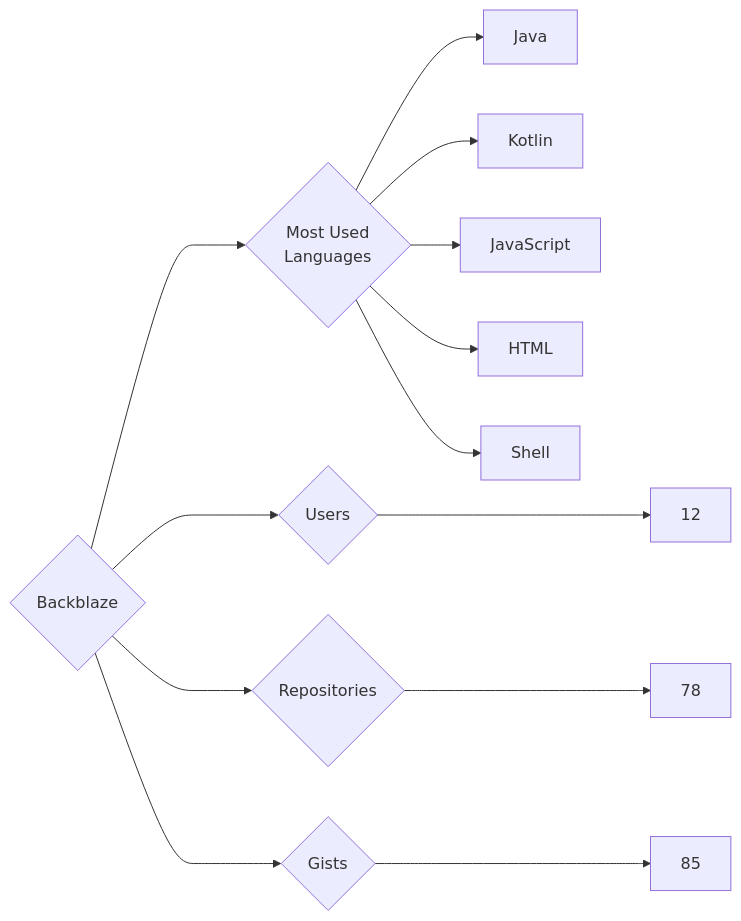
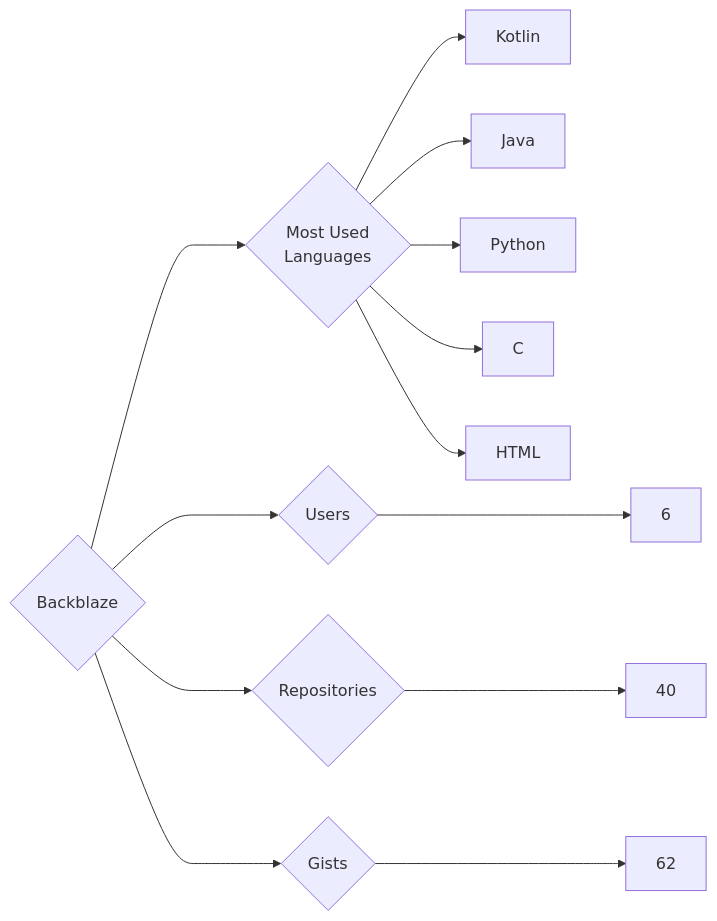
The diagram in targets/Backblaze/README.md (trickest/insiders), drawn with Mermaid before and after one commit. The commit also changed 914 other files, not shown here.

````diff
--- a/targets/Backblaze/README.md
+++ b/targets/Backblaze/README.md
@@ -3,13 +3,13 @@
 ```mermaid
 graph LR
 COMPANY_NAME{Backblaze}
-COMPANY_NAME ---> U{Users} ---> UN[12]
-COMPANY_NAME ---> R{Repositories} ---> RN[78]
-COMPANY_NAME ---> G{Gists} ---> GN[85]
+COMPANY_NAME ---> U{Users} ---> UN[6]
+COMPANY_NAME ---> R{Repositories} ---> RN[40]
+COMPANY_NAME ---> G{Gists} ---> GN[62]
 COMPANY_NAME ---> ML{Most Used<br>Languages}
+ML --> Kotlin[Kotlin]
 ML --> Java[Java]
-ML --> Kotlin[Kotlin]
-ML --> JavaScript[JavaScript]
+ML --> Python[Python]
+ML --> C[C]
 ML --> HTML[HTML]
-ML --> Shell[Shell]
 ```
````
